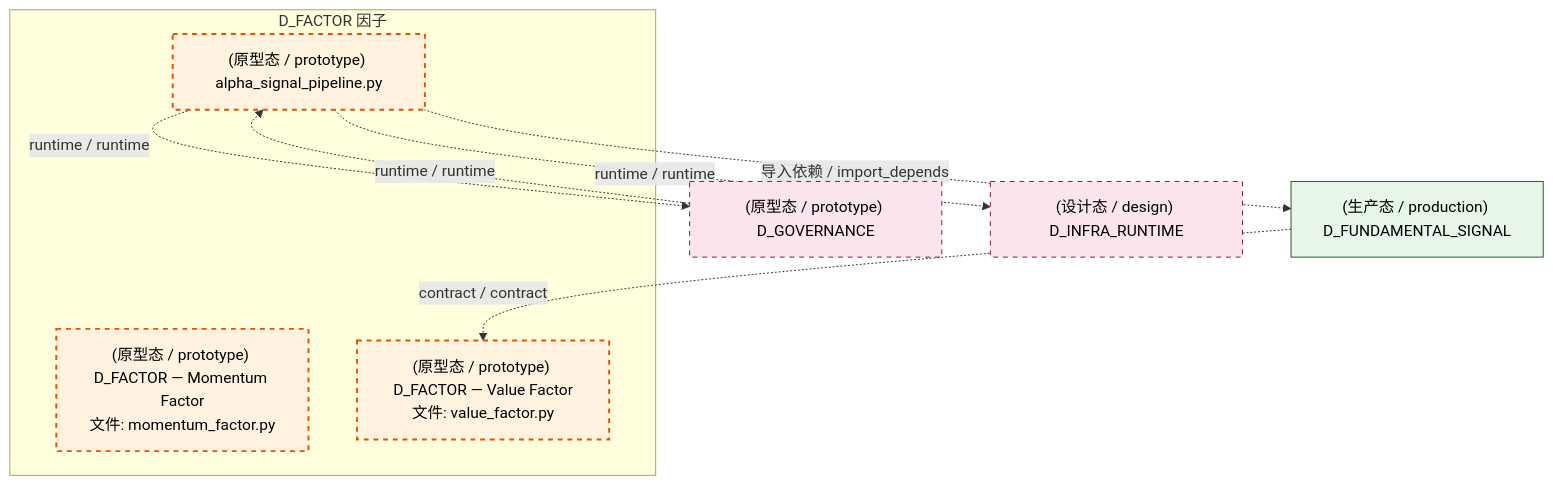
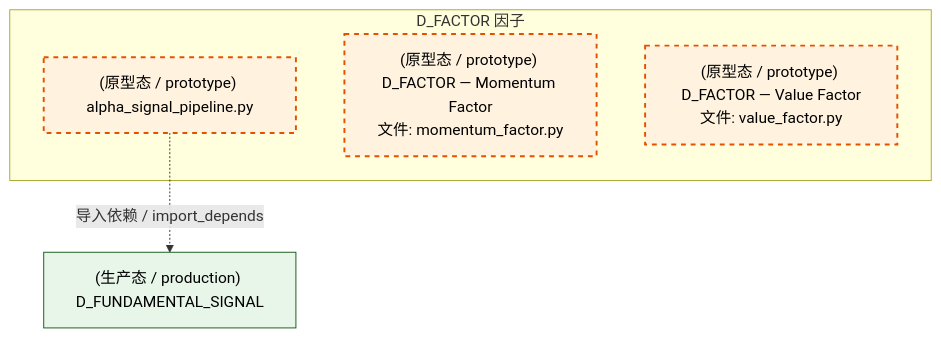
The third of 4 diagrams in docs/02_enterprise_architecture/02_domain_architecture_docs/36_d_factor.md (xuanFelixVan/ZephyrAlpha), drawn with Mermaid before and after one commit. The commit also changed other lines of this file and 101 other files, not shown here.

````diff
--- a/docs/02_enterprise_architecture/02_domain_architecture_docs/36_d_factor.md
+++ b/docs/02_enterprise_architecture/02_domain_architecture_docs/36_d_factor.md
@@ -137,23 +133,16 @@
 ```mermaid
 graph TD
     subgraph D_FACTOR["D_FACTOR 因子"]
         src_zephyr_factor_alpha_signal_pipeline_py["(原型态 / prototype) alpha_signal_pipeline.py"]
         src_zephyr_factor_momentum_factor_py["(原型态 / prototype) D_FACTOR — Momentum Factor<br/>文件: momentum_factor.py"]
         src_zephyr_factor_value_factor_py["(原型态 / prototype) D_FACTOR — Value Factor<br/>文件: value_factor.py"]
     end
-    D_GOVERNANCE["(原型态 / prototype) D_GOVERNANCE"]
-    src_zephyr_factor_alpha_signal_pipeline_py -.->|runtime / runtime| D_GOVERNANCE
-    D_INFRA_RUNTIME["(设计态 / design) D_INFRA_RUNTIME"]
-    src_zephyr_factor_alpha_signal_pipeline_py -.->|runtime / runtime| D_INFRA_RUNTIME
     D_FUNDAMENTAL_SIGNAL["(生产态 / production) D_FUNDAMENTAL_SIGNAL"]
     src_zephyr_factor_alpha_signal_pipeline_py -.->|导入依赖 / import_depends| D_FUNDAMENTAL_SIGNAL
-    D_GOVERNANCE -.->|runtime / runtime| src_zephyr_factor_alpha_signal_pipeline_py
-    D_FUNDAMENTAL_SIGNAL -.->|contract / contract| src_zephyr_factor_value_factor_py
     classDef production fill:#e1f5fe,stroke:#01579b,stroke-width:2px,color:#000
     classDef design fill:#fff3e0,stroke:#e65100,stroke-width:2px,color:#000,stroke-dasharray: 5 5
     classDef external_prod fill:#e8f5e9,stroke:#1b5e20,stroke-width:1px,color:#000
     classDef external_design fill:#fce4ec,stroke:#880e4f,stroke-width:1px,color:#000,stroke-dasharray: 5 5
     class src_zephyr_factor_alpha_signal_pipeline_py,src_zephyr_factor_momentum_factor_py,src_zephyr_factor_value_factor_py design
     class D_FUNDAMENTAL_SIGNAL external_prod
-    class D_GOVERNANCE,D_INFRA_RUNTIME external_design
 ```
````
